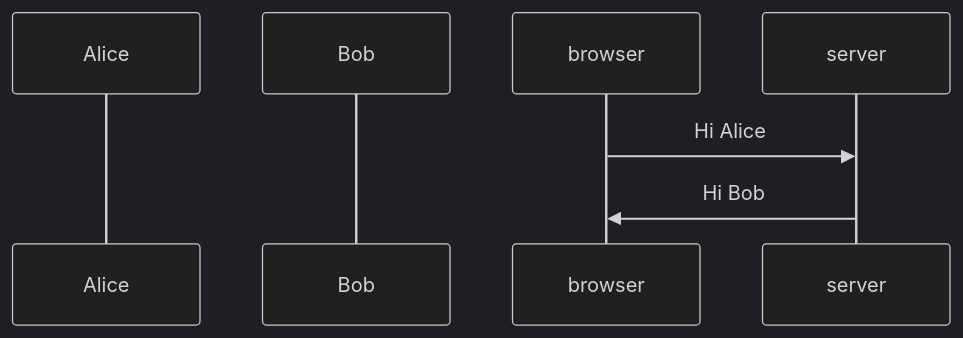
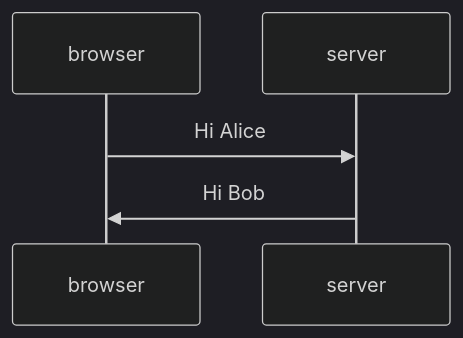
One commit to TegelVee/Fullstack_exerciserepo changed the diagram in osa0/sequencechart.md. Above: the diagram before and after it, drawn with Mermaid (dark theme).

````diff
--- a/osa0/sequencechart.md
+++ b/osa0/sequencechart.md
@@ -3,8 +3,8 @@
 ```mermaid
 sequenceDiagram
-  participant Alice
-  participant Bob
+  participant browser
+  participant server
   browser->>server: Hi Alice
   server->>browser: Hi Bob
 
 ```
````
